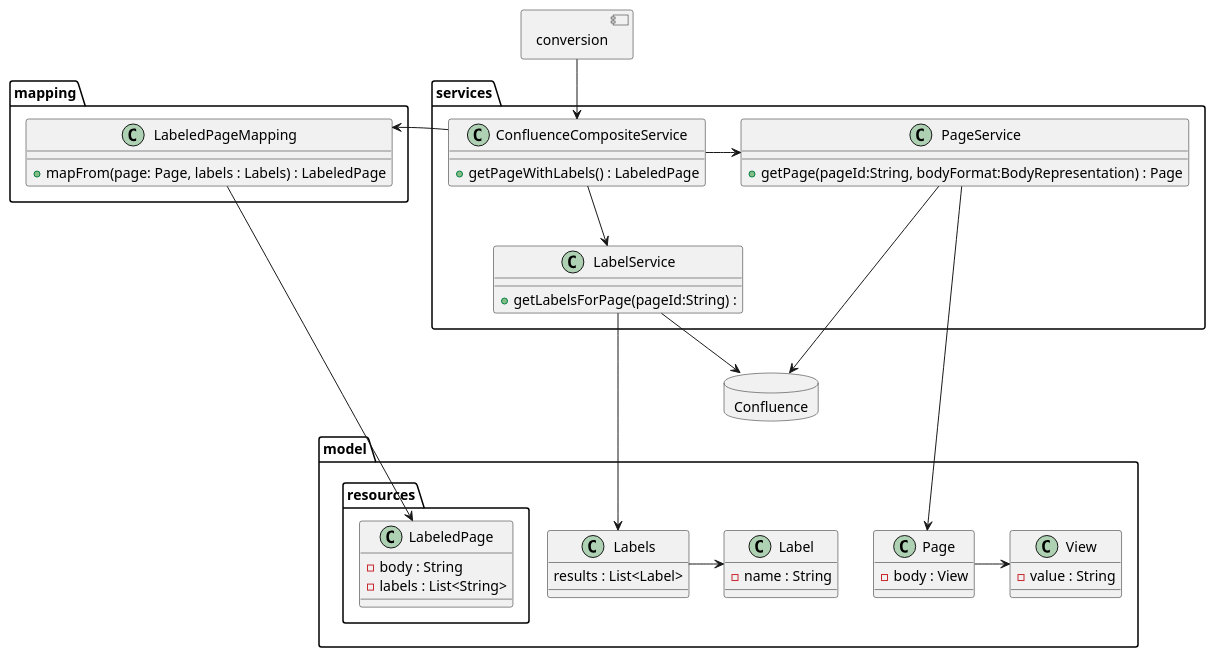
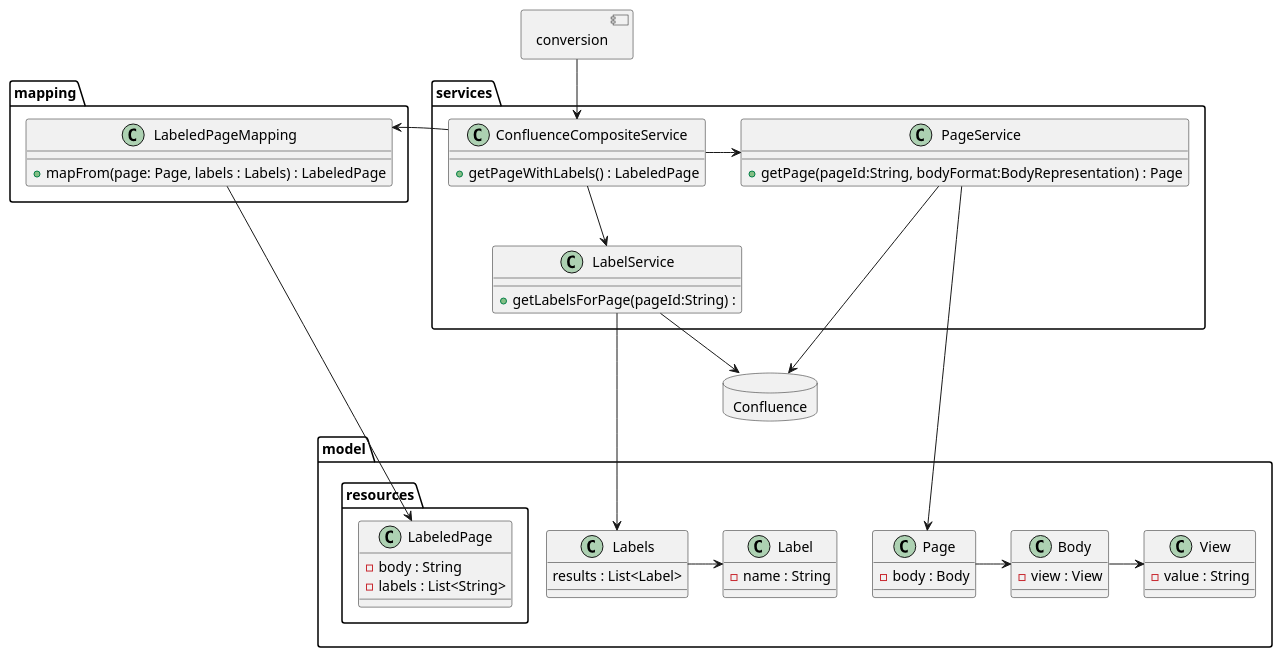
One commit to mehdiboudour/confluence-to-anki changed the diagram in src/main/resources/design/detailed-logical-views/confluence/confluence.puml. Above: the diagram before and after it, drawn with PlantUML. The commit also changed 14 other files, not shown here.

```diff
--- a/src/main/resources/design/detailed-logical-views/confluence/confluence.puml
+++ b/src/main/resources/design/detailed-logical-views/confluence/confluence.puml
@@ -1,61 +1,65 @@
 @startuml
 'https://plantuml.com/class-diagram
 
 package services {
     class PageService {
         +getPage(pageId:String, bodyFormat:BodyRepresentation) : Page
     }
     class LabelService {
         +getLabelsForPage(pageId:String) :
     }
 
     class ConfluenceCompositeService {
         +getPageWithLabels() : LabeledPage
     }
 }
 
     package mapping {
         class LabeledPageMapping {
             +mapFrom(page: Page, labels : Labels) : LabeledPage
         }
     }
 
 package model {
     class View {
         -value : String
     }
     class Page {
-        -body : View
+        -body : Body
+    }
+    class Body {
+        -view : View
     }
     class Labels {
         results : List<Label>
     }
     class Label {
         -name : String
     }
     package resources {
         class LabeledPage {
             -body : String
             -labels : List<String>
         }
     }
 }
 
 database Confluence {
 }
 
 component conversion {
 }
 
 ConfluenceCompositeService -> PageService
 ConfluenceCompositeService --> LabelService
 PageService ---> Confluence
 LabelService --> Confluence
 ConfluenceCompositeService -> LabeledPageMapping
 LabeledPageMapping --=-> LabeledPage
 PageService ---> Page
-Page -> View
+Page -> Body
+Body -> View
 Labels -> Label
 LabelService -> Labels
 conversion --> ConfluenceCompositeService
 @enduml
```
